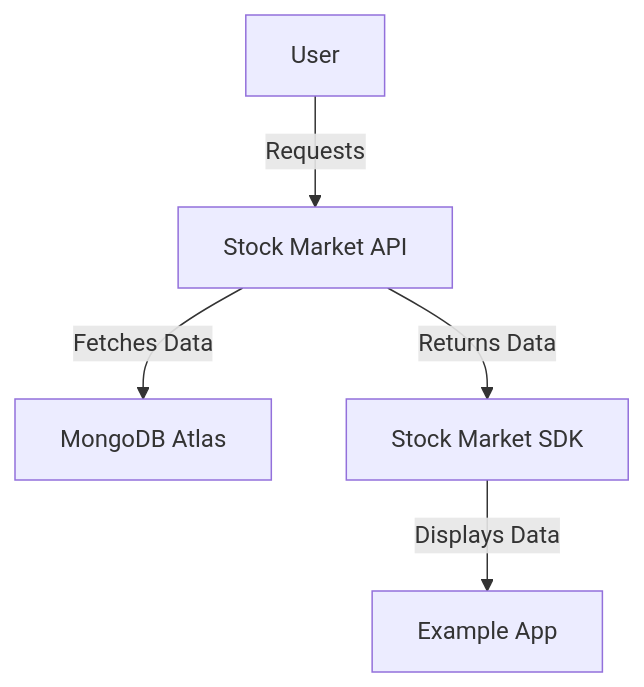
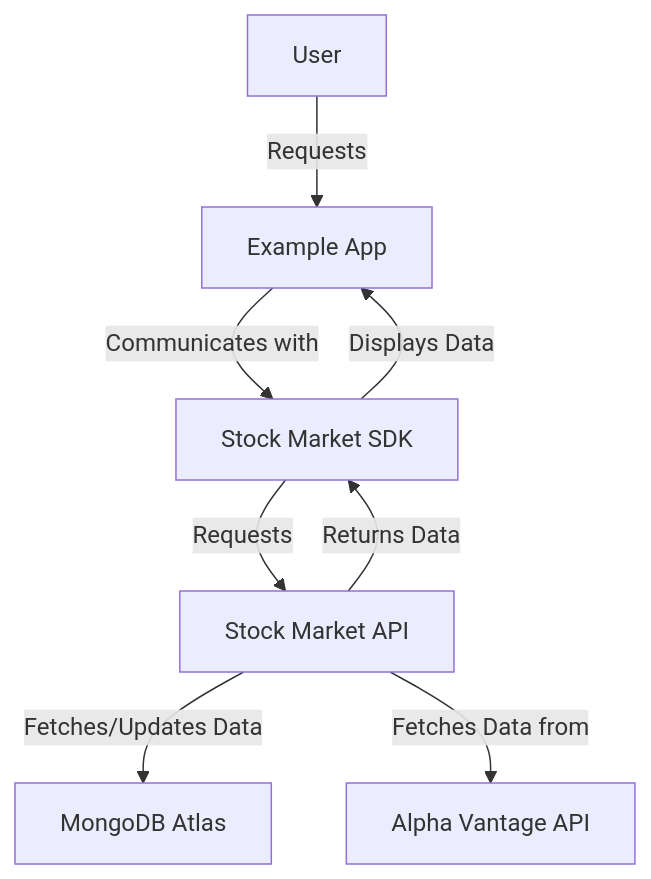
Before and after one commit to GalAngel15/StockMarketSDK: the diagram in docs/index.md, drawn with Mermaid. The commit also changed other lines of this file, not shown here.

````diff
--- a/docs/index.md
+++ b/docs/index.md
@@ -383,7 +390,12 @@
 ```mermaid
+
 graph TD;
-    User -->|Requests| API[Stock Market API]
-    API -->|Fetches Data| Database[MongoDB Atlas]
-    API -->|Returns Data| SDK[Stock Market SDK]
-    SDK -->|Displays Data| AndroidApp[Example App]
+    User -->|Requests| AndroidApp[Example App]
+    AndroidApp -->|Communicates with| SDK[Stock Market SDK]
+    SDK -->|Requests| API[Stock Market API]
+    API -->|Fetches/Updates Data| Database[MongoDB Atlas]
+    API -->|Returns Data| SDK
+    SDK -->|Displays Data| AndroidApp
+    API -->|Fetches Data from| ExternalAPI[Alpha Vantage API]
+
 ```
````
